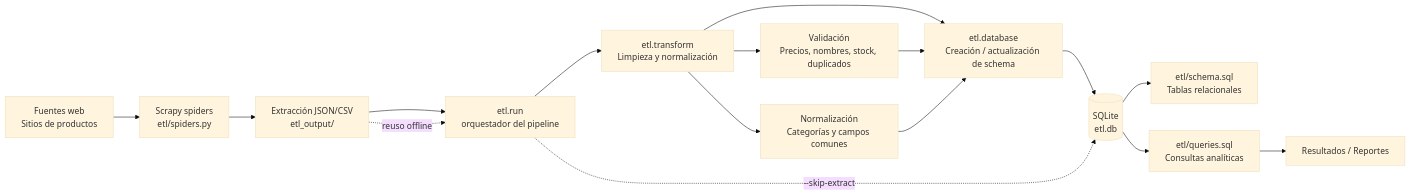
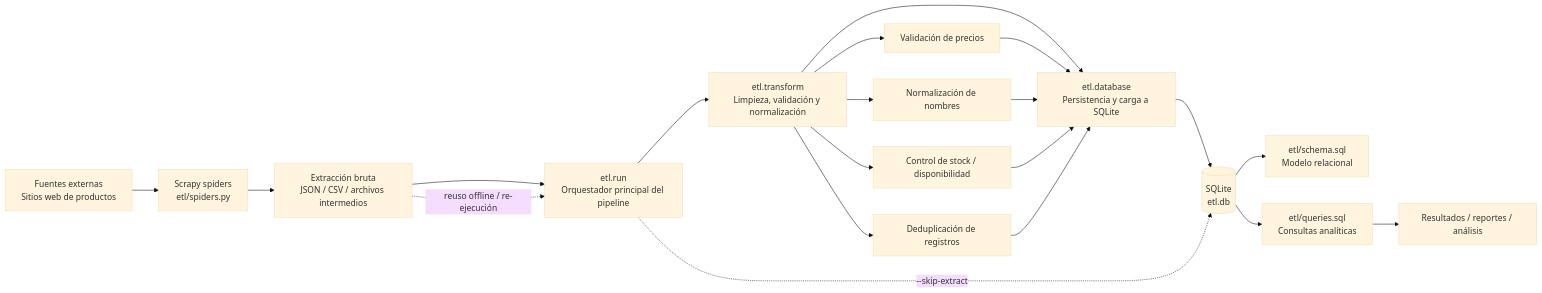
The diagram in PIPELINE_FLOW.md (oskar-ortiz/Laboratorio_ETL_SCRAPY), drawn with Mermaid (base theme) before and after one commit. The commit also changed other lines of this file, not shown here.

Commit message:
Actualizar la documentación adicional del pipeline con una versión más profesional, completa y orientada a presentación técnica

````diff
--- a/PIPELINE_FLOW.md
+++ b/PIPELINE_FLOW.md
@@ -13,20 +22,24 @@
 ```mermaid
 flowchart LR
-    A[Fuentes web\nSitios de productos] --> B[Scrapy spiders\netl/spiders.py]
-    B --> C[Extracción JSON/CSV\netl_output/]
-    C --> D[etl.run\norquestador del pipeline]
-    D --> E[etl.transform\nLimpieza y normalización]
-    E --> F[etl.database\nCreación / actualización de schema]
+    A[Fuentes externas\nSitios web de productos] --> B[Scrapy spiders\netl/spiders.py]
+    B --> C[Extracción bruta\nJSON / CSV / archivos intermedios]
+    C --> D[etl.run\nOrquestador principal del pipeline]
+    D --> E[etl.transform\nLimpieza, validación y normalización]
+    E --> F[etl.database\nPersistencia y carga a SQLite]
     F --> G[(SQLite\netl.db)]
-    G --> H[etl/schema.sql\nTablas relacionales]
+    G --> H[etl/schema.sql\nModelo relacional]
     G --> I[etl/queries.sql\nConsultas analíticas]
-    I --> J[Resultados / Reportes]
+    I --> J[Resultados / reportes / análisis]
 
-    E --> E1[Validación\nPrecios, nombres, stock, duplicados]
-    E --> E2[Normalización\nCategorías y campos comunes]
+    E --> E1[Validación de precios]
+    E --> E2[Normalización de nombres]
+    E --> E3[Control de stock / disponibilidad]
+    E --> E4[Deduplicación de registros]
     E1 --> F
     E2 --> F
+    E3 --> F
+    E4 --> F
 
-    D -. --skip-extract .-> G
-    C -. reuso offline .-> D
+    D -. "--skip-extract" .-> G
+    C -. "reuso offline / re-ejecución" .-> D
 ```
````
